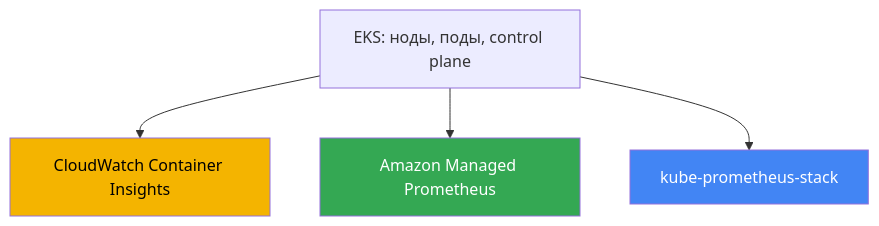
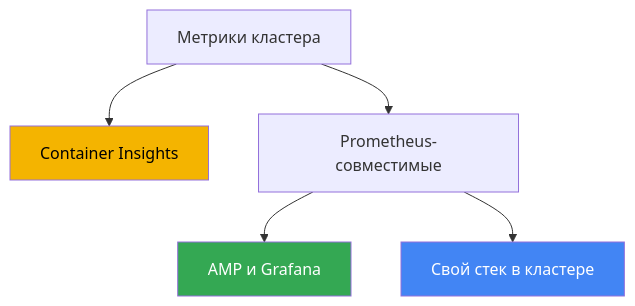
Before and after one commit to ViktorUJ/cks: the first of 2 diagrams in tasks/eks/course/33/ru.md, drawn with Mermaid. The commit also changed other lines of this file and 52 other files, not shown here.

````diff
--- a/tasks/eks/course/33/ru.md
+++ b/tasks/eks/course/33/ru.md
@@ -72,13 +72,10 @@
 ```mermaid
 flowchart TB
-    cluster["EKS: ноды, поды, control plane"]
-    ci["CloudWatch Container Insights"]
-    amp["Amazon Managed Prometheus"]
-    kps["kube-prometheus-stack"]
-    cluster --> ci
-    cluster --> amp
-    cluster --> kps
+    cluster["Метрики кластера"] --> ci["Container Insights"]
+    cluster --> prom["Prometheus-совместимые"]
+    prom --> amp["AMP и Grafana"]
+    prom --> kps["Свой стек в кластере"]
     style ci fill:#f4b400,color:#000
     style amp fill:#34a853,color:#fff
     style kps fill:#4285f4,color:#fff
 ```
````
